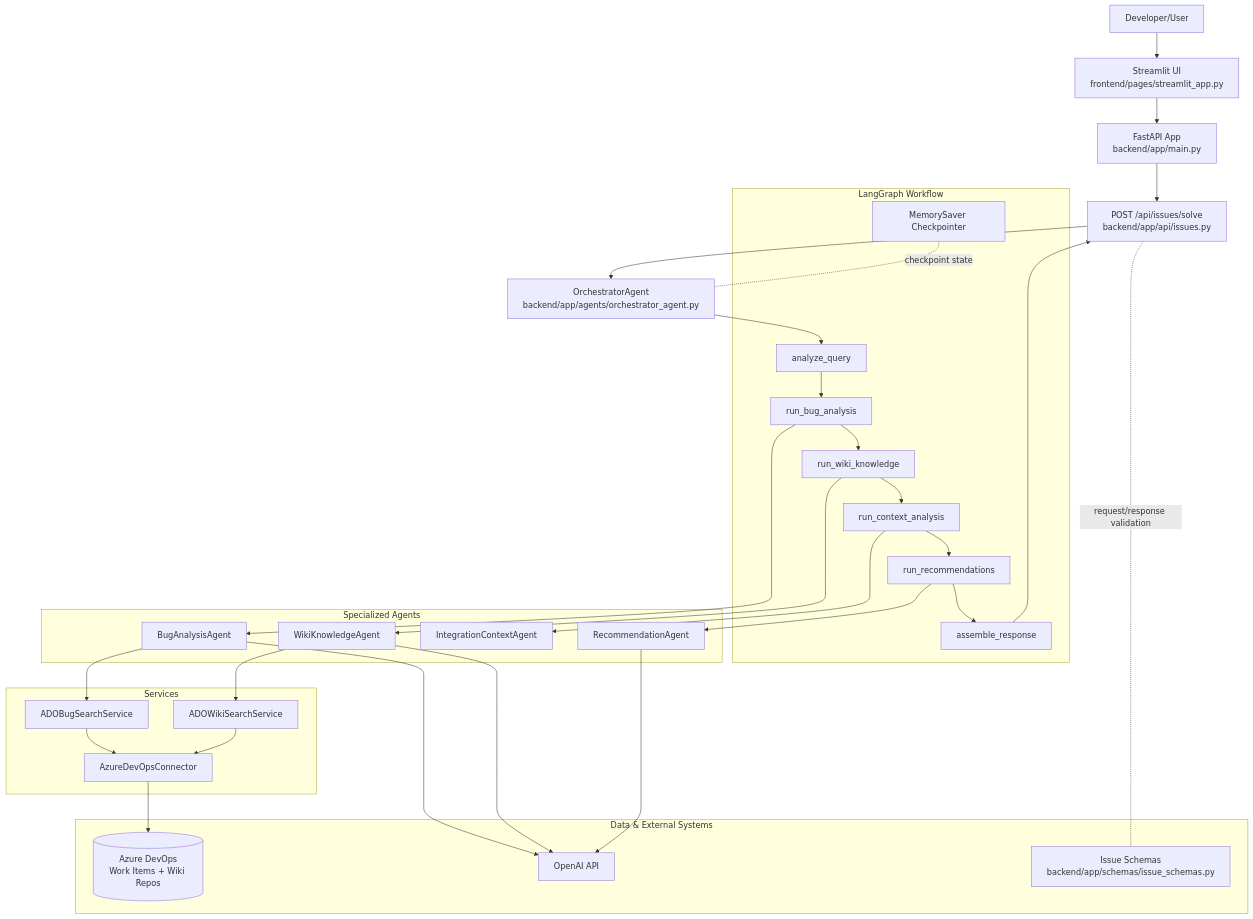
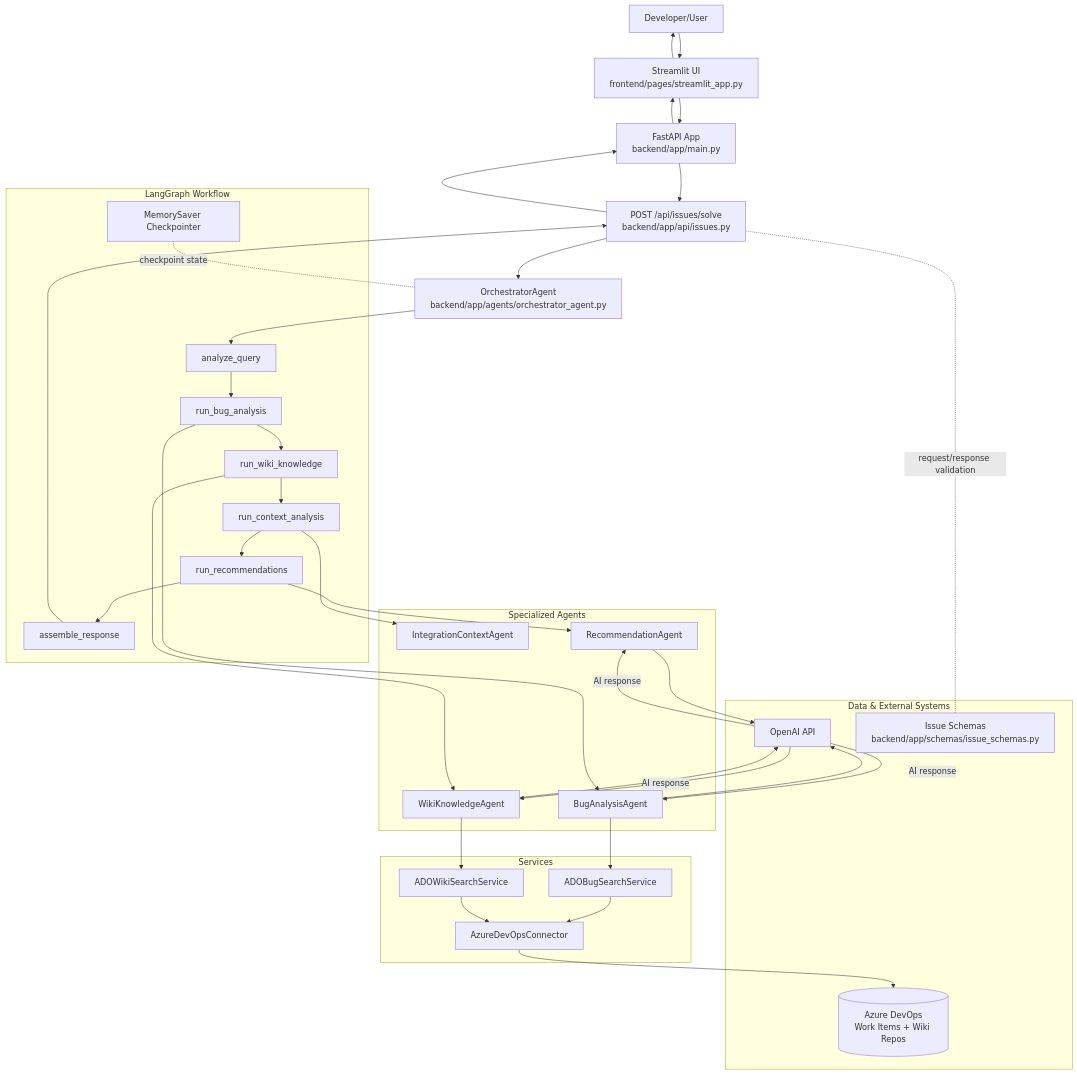
Before and after one commit to mbighane/ErrorLens--AI-Powered-Issue-Advisor: the diagram in README.md, drawn with Mermaid.

Commit message:
Sync README architecture diagram with updated docs/architecture.mmd

````diff
--- a/README.md
+++ b/README.md
@@ -168,53 +168,56 @@
 ```mermaid
 graph TB
   U[Developer/User]
   ST[Streamlit UI<br/>frontend/pages/streamlit_app.py]
   API[FastAPI App<br/>backend/app/main.py]
   EP[POST /api/issues/solve<br/>backend/app/api/issues.py]
   ORCH[OrchestratorAgent<br/>backend/app/agents/orchestrator_agent.py]
 
   subgraph LG[LangGraph Workflow]
     N1[analyze_query]
     N2[run_bug_analysis]
     N3[run_wiki_knowledge]
     N4[run_context_analysis]
     N5[run_recommendations]
     N6[assemble_response]
     CP[MemorySaver Checkpointer]
   end
 
   subgraph AG[Specialized Agents]
     BA[BugAnalysisAgent]
     WA[WikiKnowledgeAgent]
     CA[IntegrationContextAgent]
     RA[RecommendationAgent]
   end
 
   subgraph SV[Services]
     BS[ADOBugSearchService]
     WS[ADOWikiSearchService]
     ADOC[AzureDevOpsConnector]
   end
 
   subgraph DM[Data & External Systems]
     ADO[(Azure DevOps<br/>Work Items + Wiki Repos)]
     OPENAI[OpenAI API]
     SC[Issue Schemas<br/>backend/app/schemas/issue_schemas.py]
   end
 
   U --> ST --> API --> EP --> ORCH
   EP -. request/response validation .- SC
 
   ORCH --> N1 --> N2 --> N3 --> N4 --> N5 --> N6
   CP -. checkpoint state .- ORCH
 
   N2 --> BA --> BS --> ADOC --> ADO
   N3 --> WA --> WS --> ADOC
   N4 --> CA
   N5 --> RA
 
   BA --> OPENAI
   WA --> OPENAI
   RA --> OPENAI
-  N6 --> EP
+  OPENAI -- AI response --> BA
+  OPENAI -- AI response --> WA
+  OPENAI -- AI response --> RA
+  N6 --> EP --> API --> ST --> U
 ```
````
